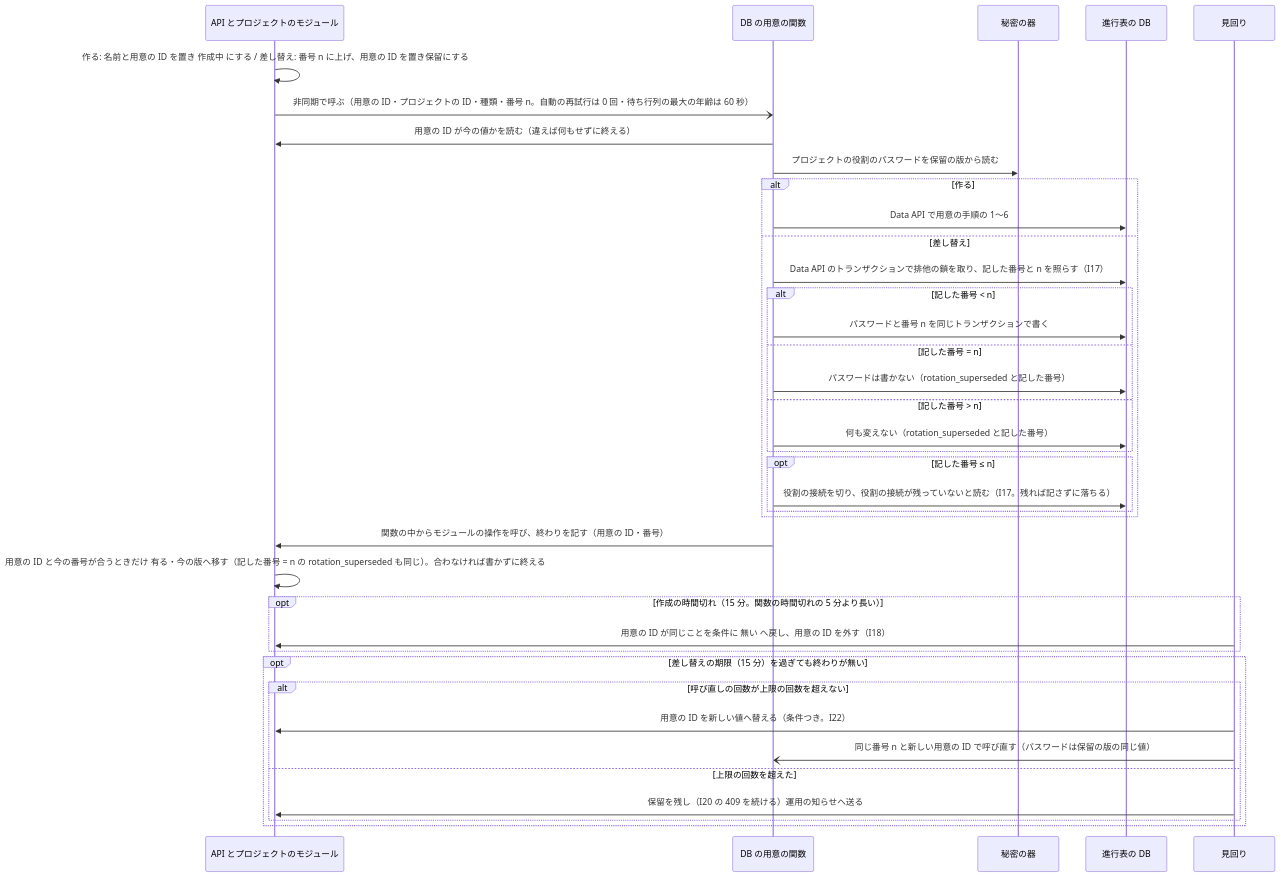
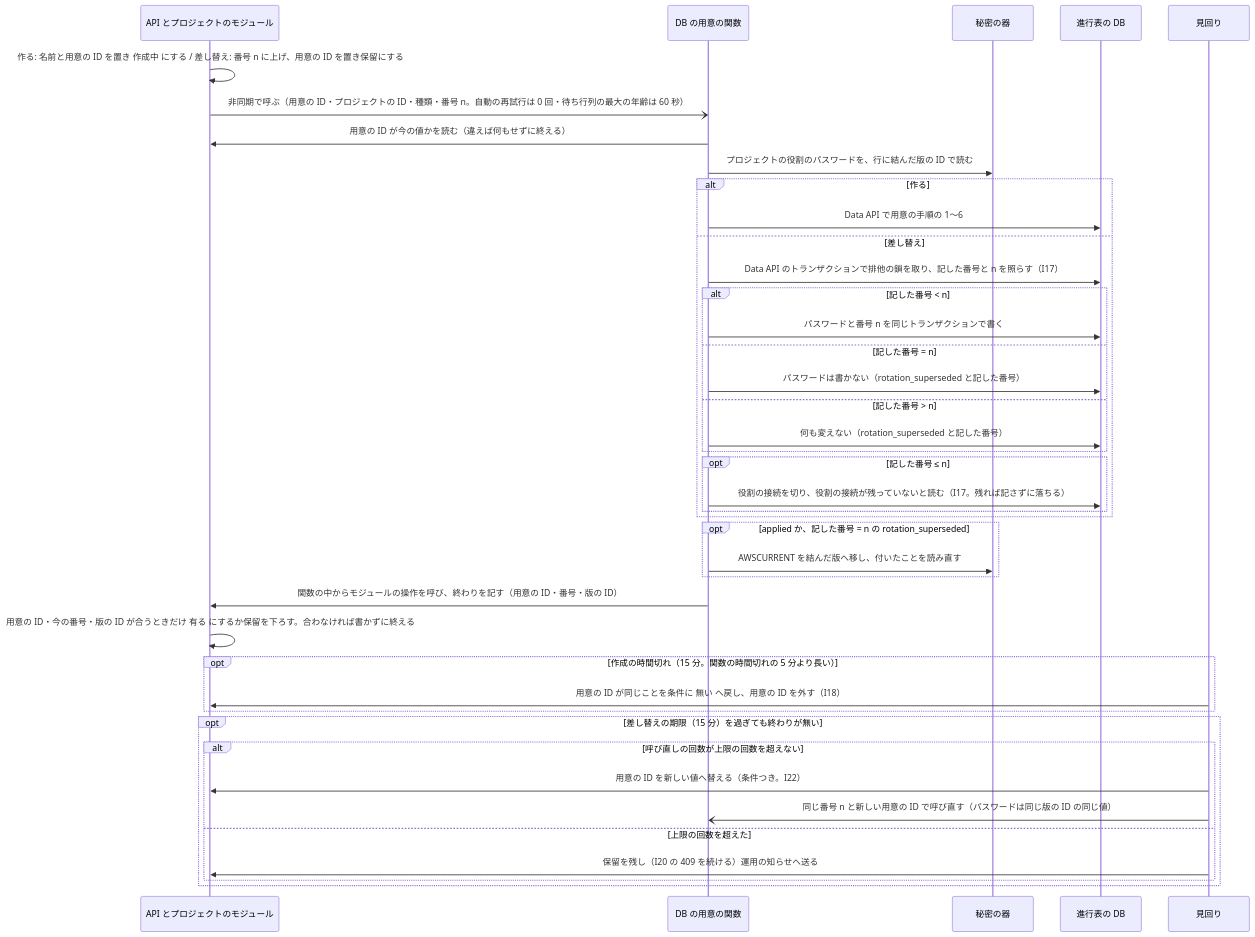
One commit to devbasex/nd-factory changed the second of 2 diagrams in docs/design/data.md. Above: the diagram before and after it, drawn with Mermaid. The commit also changed other lines of this file and 4 other files, not shown here.

````diff
--- a/docs/design/data.md
+++ b/docs/design/data.md
@@ -242,40 +257,43 @@
 ```mermaid
 sequenceDiagram
     participant API as API とプロジェクトのモジュール
     participant FN as DB の用意の関数
     participant SM as 秘密の器
     participant DB as 進行表の DB
     participant PT as 見回り
     API->>API: 作る: 名前と用意の ID を置き 作成中 にする / 差し替え: 番号 n に上げ、用意の ID を置き保留にする
     API-)FN: 非同期で呼ぶ（用意の ID・プロジェクトの ID・種類・番号 n。自動の再試行は 0 回・待ち行列の最大の年齢は 60 秒）
     FN->>API: 用意の ID が今の値かを読む（違えば何もせずに終える）
-    FN->>SM: プロジェクトの役割のパスワードを保留の版から読む
+    FN->>SM: プロジェクトの役割のパスワードを、行に結んだ版の ID で読む
     alt 作る
         FN->>DB: Data API で用意の手順の 1〜6
     else 差し替え
         FN->>DB: Data API のトランザクションで排他の鎖を取り、記した番号と n を照らす（I17）
         alt 記した番号 < n
             FN->>DB: パスワードと番号 n を同じトランザクションで書く
         else 記した番号 = n
             FN->>DB: パスワードは書かない（rotation_superseded と記した番号）
         else 記した番号 > n
             FN->>DB: 何も変えない（rotation_superseded と記した番号）
         end
         opt 記した番号 ≤ n
             FN->>DB: 役割の接続を切り、役割の接続が残っていないと読む（I17。残れば記さずに落ちる）
         end
     end
-    FN->>API: 関数の中からモジュールの操作を呼び、終わりを記す（用意の ID・番号）
-    API->>API: 用意の ID と今の番号が合うときだけ 有る・今の版へ移す（記した番号 = n の rotation_superseded も同じ）。合わなければ書かずに終える
+    opt applied か、記した番号 = n の rotation_superseded
+        FN->>SM: AWSCURRENT を結んだ版へ移し、付いたことを読み直す
+    end
+    FN->>API: 関数の中からモジュールの操作を呼び、終わりを記す（用意の ID・番号・版の ID）
+    API->>API: 用意の ID・今の番号・版の ID が合うときだけ 有る にするか保留を下ろす。合わなければ書かずに終える
     opt 作成の時間切れ（15 分。関数の時間切れの 5 分より長い）
         PT->>API: 用意の ID が同じことを条件に 無い へ戻し、用意の ID を外す（I18）
     end
     opt 差し替えの期限（15 分）を過ぎても終わりが無い
         alt 呼び直しの回数が上限の回数を超えない
             PT->>API: 用意の ID を新しい値へ替える（条件つき。I22）
-            PT-)FN: 同じ番号 n と新しい用意の ID で呼び直す（パスワードは保留の版の同じ値）
+            PT-)FN: 同じ番号 n と新しい用意の ID で呼び直す（パスワードは同じ版の ID の同じ値）
         else 上限の回数を超えた
             PT->>API: 保留を残し（I20 の 409 を続ける）運用の知らせへ送る
         end
     end
 ```
````
